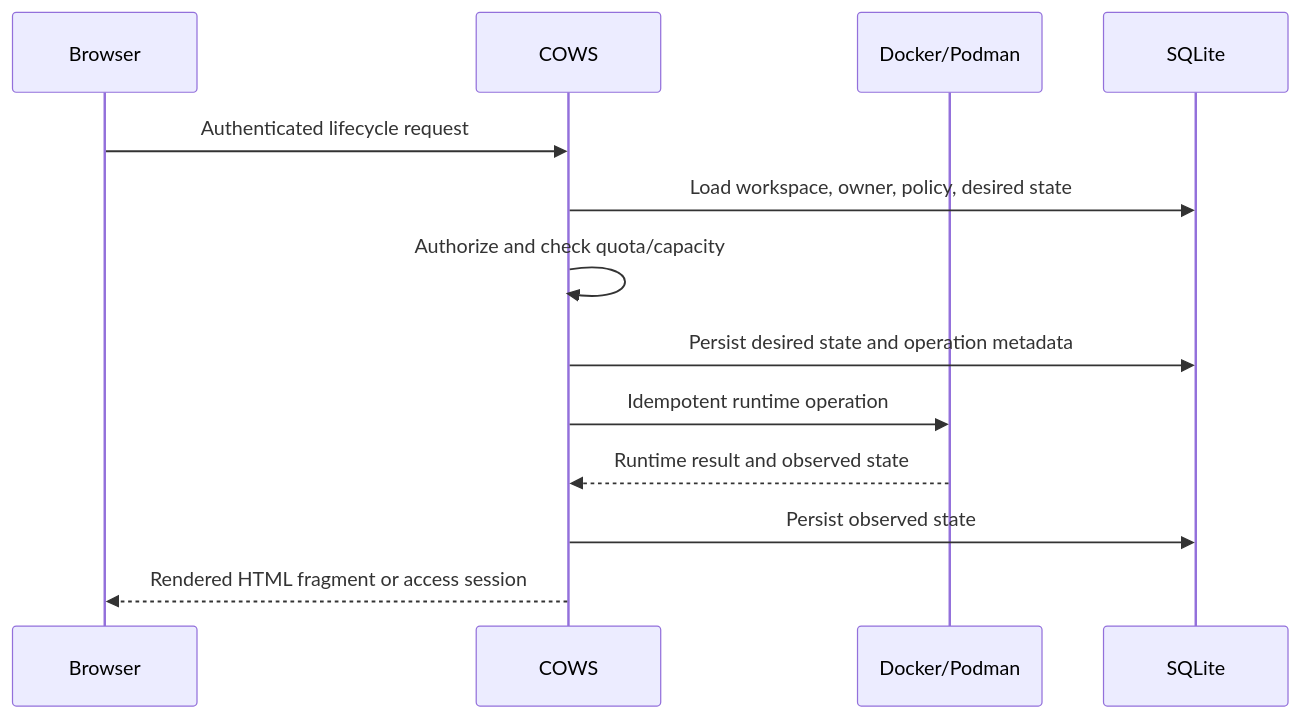
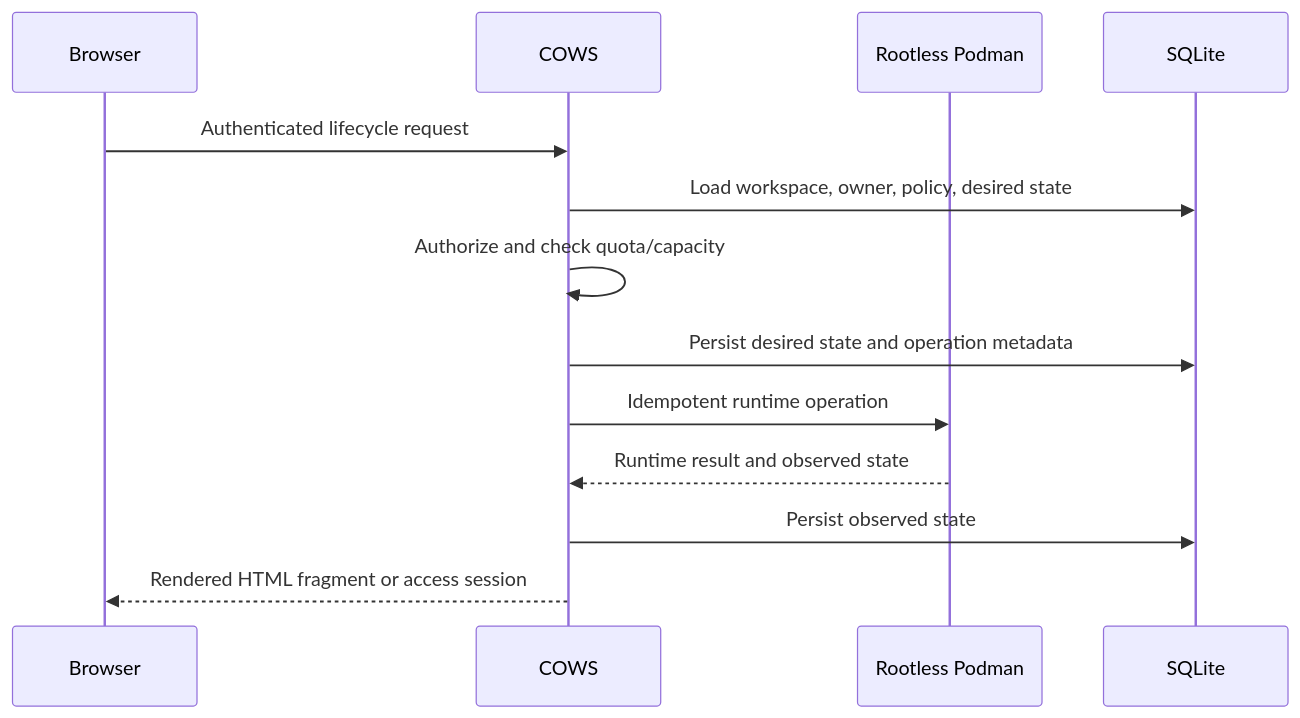
One commit to MrHighVoltage/COWS changed the second of 2 diagrams in ARCHITECTURE.md. Above: the diagram before and after it, drawn with Mermaid. The commit also changed other lines of this file and 52 other files, not shown here.

Commit message:
Add rootless Podman resource and group policies

````diff
--- a/ARCHITECTURE.md
+++ b/ARCHITECTURE.md
@@ -123,15 +122,15 @@
 ```mermaid
 sequenceDiagram
     participant U as Browser
     participant C as COWS
-    participant D as Docker/Podman
+    participant D as Rootless Podman
     participant DB as SQLite
     U->>C: Authenticated lifecycle request
     C->>DB: Load workspace, owner, policy, desired state
     C->>C: Authorize and check quota/capacity
     C->>DB: Persist desired state and operation metadata
     C->>D: Idempotent runtime operation
     D-->>C: Runtime result and observed state
     C->>DB: Persist observed state
     C-->>U: Rendered HTML fragment or access session
 ```
````
